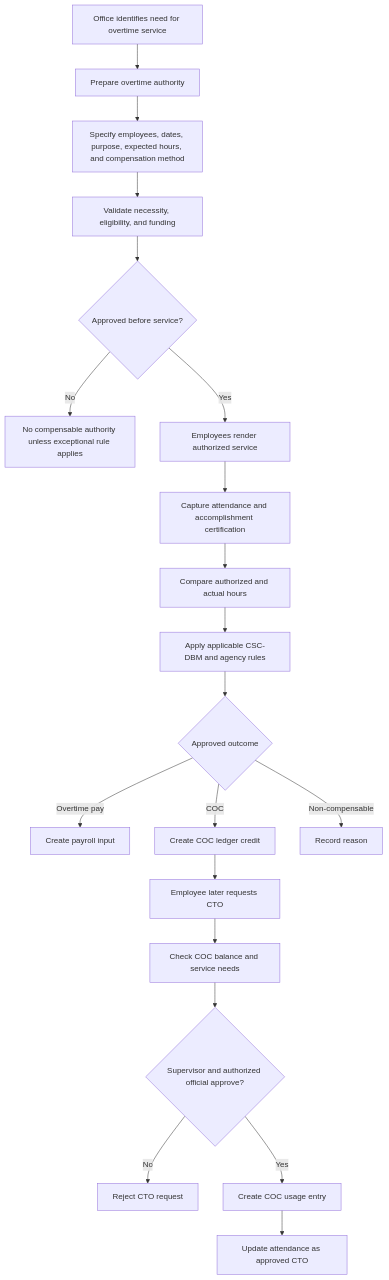
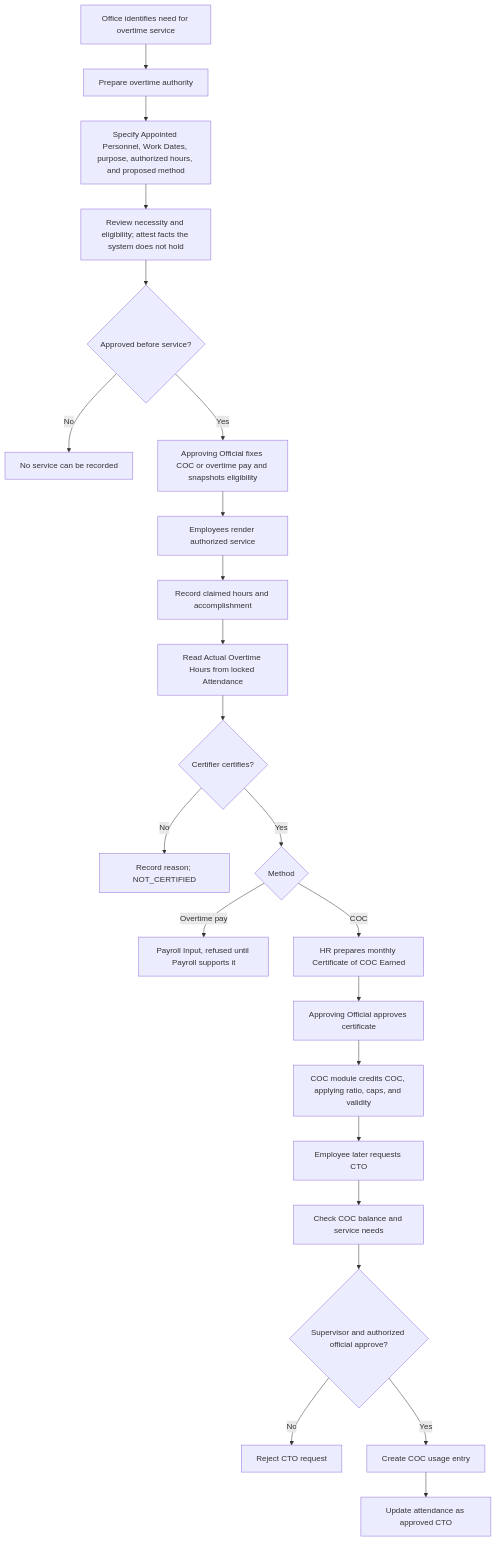
One commit to systemeror12/lingkod-hr changed diagram 13 of 18 in docs/mvp-workflows.md. Above: the diagram before and after it, drawn with Mermaid. The commit also changed other lines of this file and 8 other files, not shown here.

First line of the commit message:
Decide the overtime authority, service, and COC award contracts (#317)

````diff
--- a/docs/mvp-workflows.md
+++ b/docs/mvp-workflows.md
@@ -536,22 +536,25 @@
 ```mermaid
 flowchart TD
     A[Office identifies need for overtime service] --> B[Prepare overtime authority]
-    B --> C[Specify employees, dates, purpose, expected hours, and compensation method]
-    C --> D[Validate necessity, eligibility, and funding]
+    B --> C[Specify Appointed Personnel, Work Dates, purpose, authorized hours, and proposed method]
+    C --> D[Review necessity and eligibility; attest facts the system does not hold]
     D --> E{Approved before service?}
-    E -- No --> F[No compensable authority unless exceptional rule applies]
-    E -- Yes --> G[Employees render authorized service]
-    G --> H[Capture attendance and accomplishment certification]
-    H --> I[Compare authorized and actual hours]
-    I --> J[Apply applicable CSC-DBM and agency rules]
-    J --> K{Approved outcome}
-    K -- Overtime pay --> L[Create payroll input]
-    K -- COC --> M[Create COC ledger credit]
-    K -- Non-compensable --> N[Record reason]
+    E -- No --> F[No service can be recorded]
+    E -- Yes --> E2[Approving Official fixes COC or overtime pay and snapshots eligibility]
+    E2 --> G[Employees render authorized service]
+    G --> H[Record claimed hours and accomplishment]
+    H --> I[Read Actual Overtime Hours from locked Attendance]
+    I --> J{Certifier certifies?}
+    J -- No --> N[Record reason; NOT_CERTIFIED]
+    J -- Yes --> K{Method}
+    K -- Overtime pay --> L[Payroll Input, refused until Payroll supports it]
+    K -- COC --> M1[HR prepares monthly Certificate of COC Earned]
+    M1 --> M2[Approving Official approves certificate]
+    M2 --> M[COC module credits COC, applying ratio, caps, and validity]
     M --> O[Employee later requests CTO]
     O --> P[Check COC balance and service needs]
     P --> Q{Supervisor and authorized official approve?}
     Q -- No --> R[Reject CTO request]
     Q -- Yes --> S[Create COC usage entry]
     S --> T[Update attendance as approved CTO]
 ```
````
